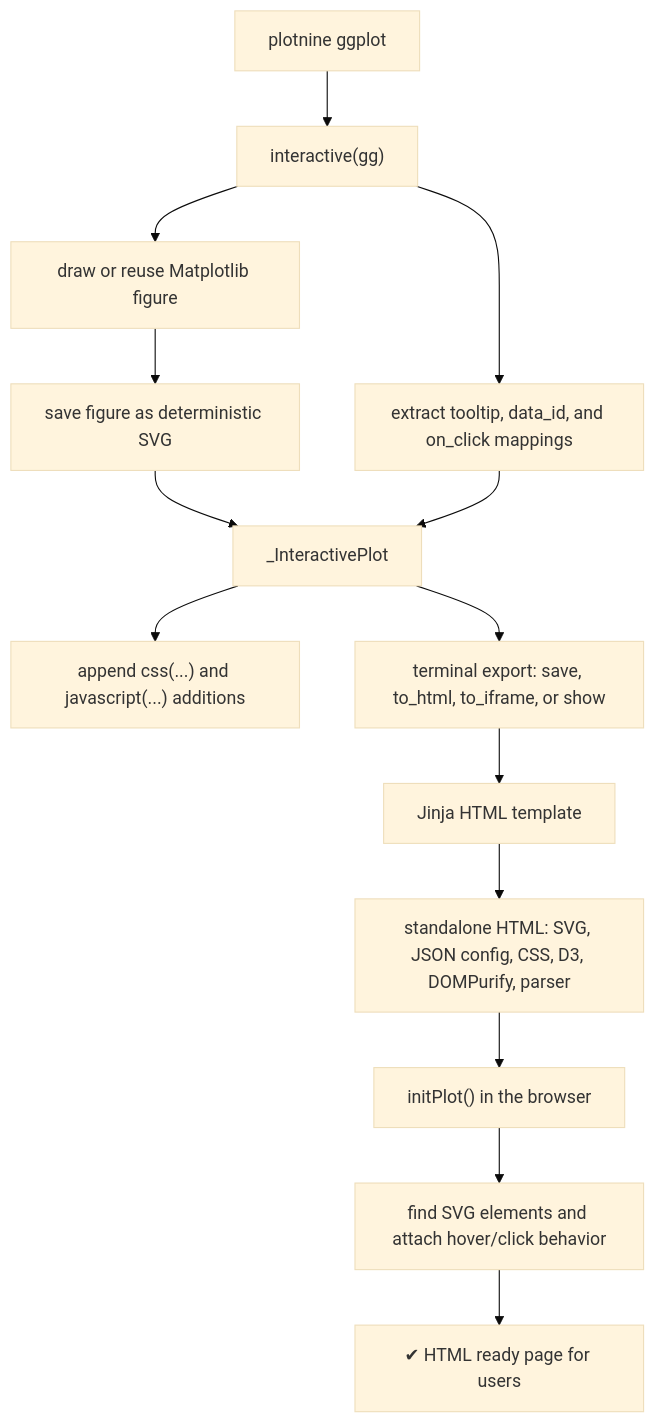
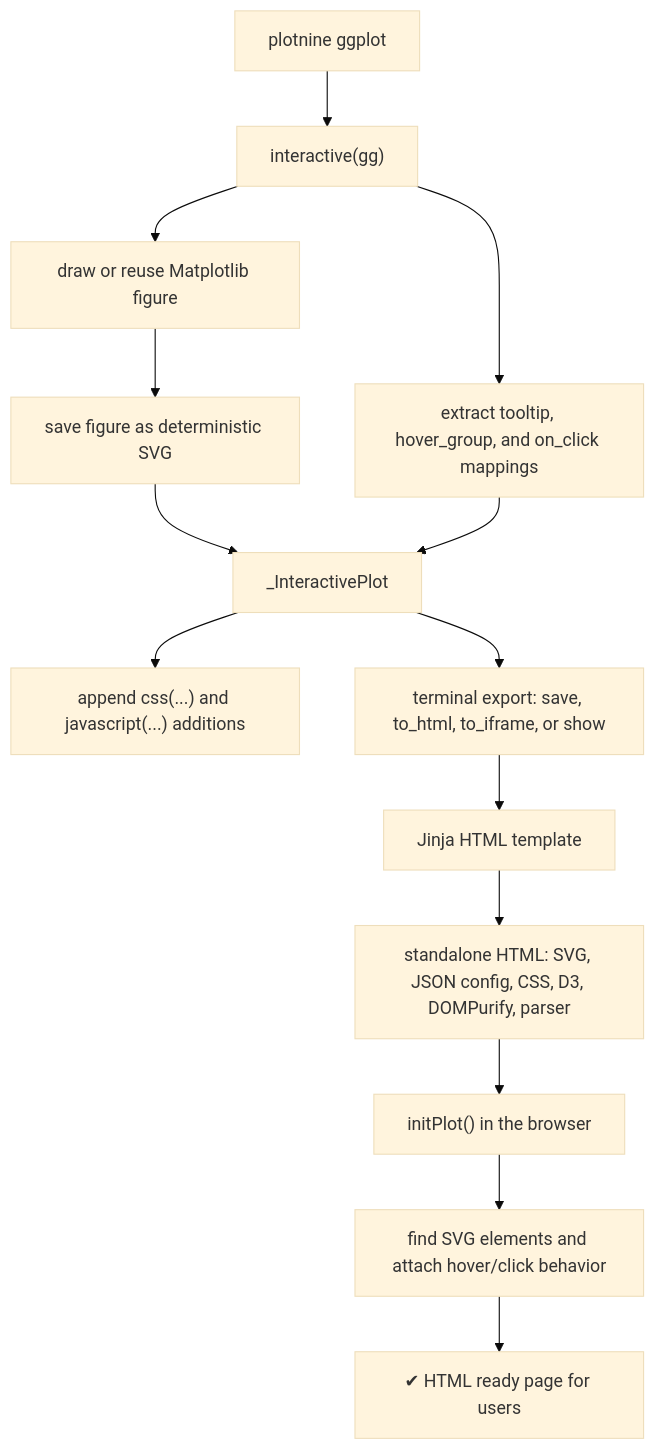
The diagram in docs/how-it-works.md (y-sunflower/ninejs), drawn with Mermaid (base theme) before and after one commit. The commit also changed other lines of this file and 25 other files, not shown here.

Commit message:
rename data_id aes to hover_group, with backward compat #93

````diff
--- a/docs/how-it-works.md
+++ b/docs/how-it-works.md
@@ -9,16 +9,16 @@
 ```mermaid
 flowchart TD
     A["plotnine ggplot"] --> B["interactive(gg)"]
     B --> C["draw or reuse Matplotlib figure"]
     C --> D["save figure as deterministic SVG"]
-    B --> E["extract tooltip, data_id, and on_click mappings"]
+    B --> E["extract tooltip, hover_group, and on_click mappings"]
     D --> F["_InteractivePlot"]
     E --> F
     F --> G["append css(...) and javascript(...) additions"]
     F --> H["terminal export: save, to_html, to_iframe, or show"]
     H --> I["Jinja HTML template"]
     I --> J["standalone HTML: SVG, JSON config, CSS, D3, DOMPurify, parser"]
     J --> K["initPlot() in the browser"]
     K --> L["find SVG elements and attach hover/click behavior"]
     L --> M["✔ HTML ready page for users"]
 ```
````
